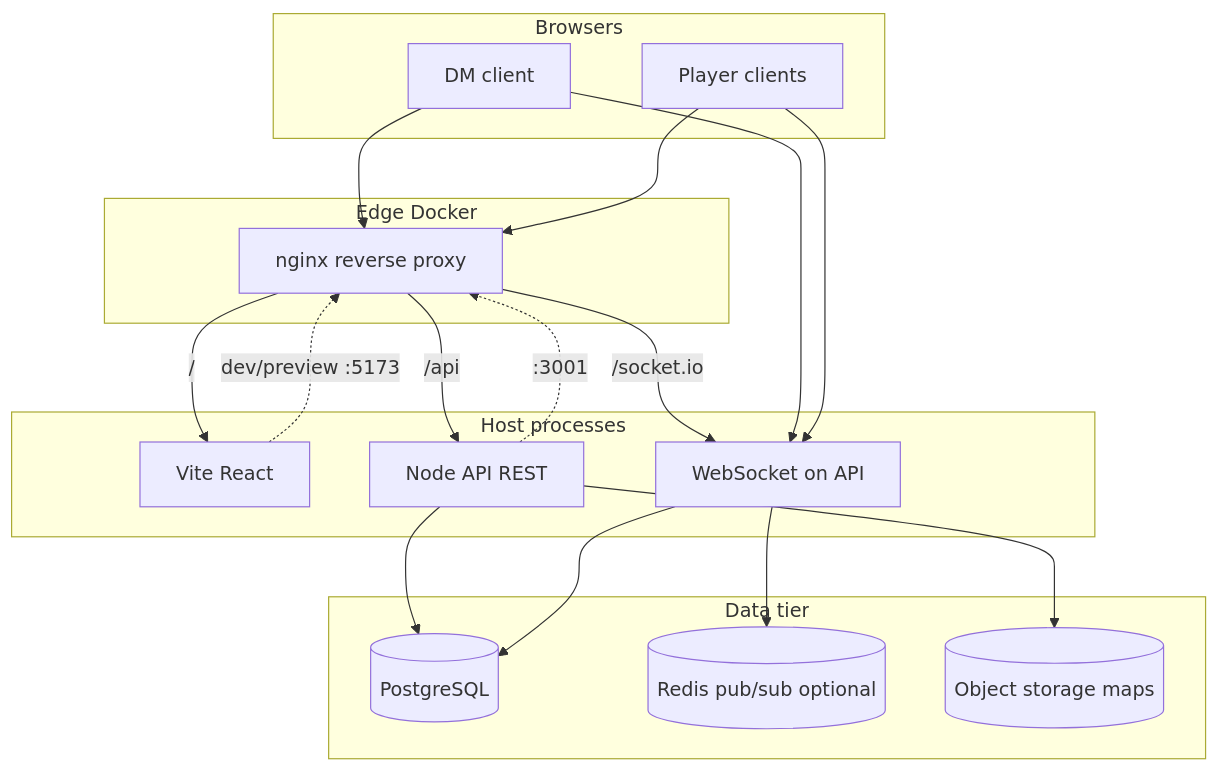
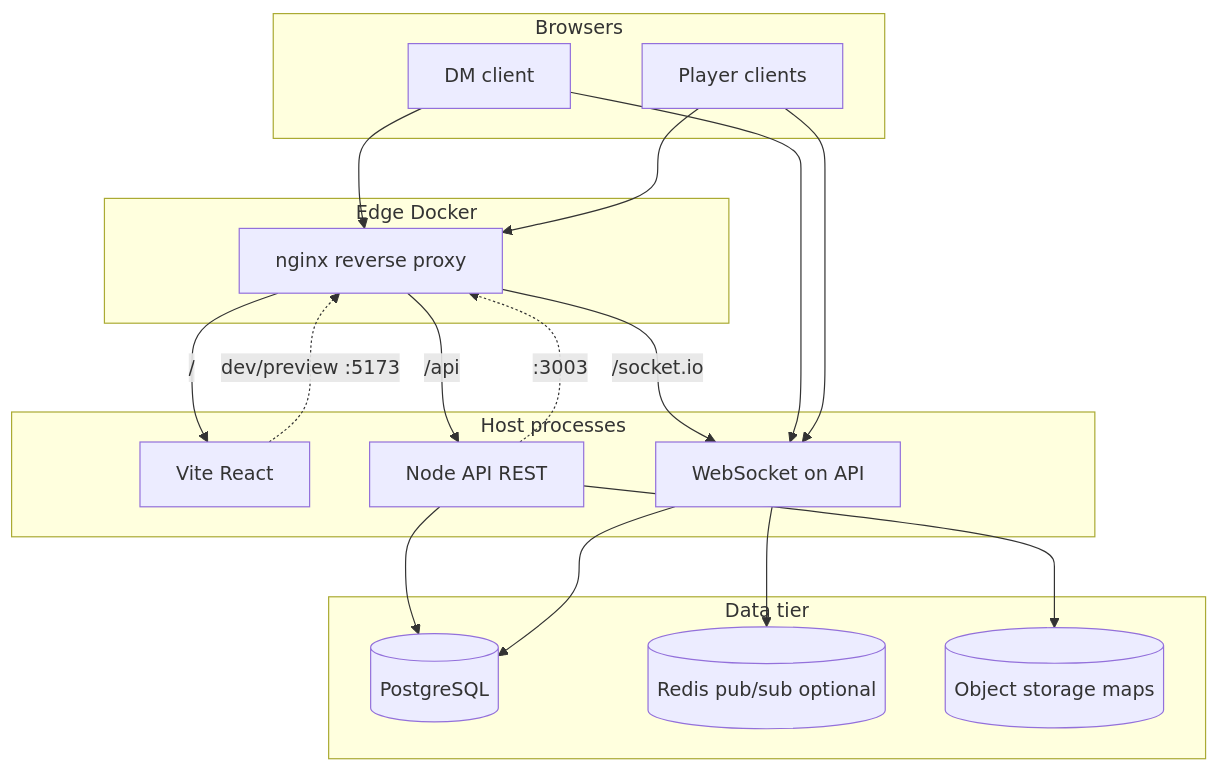
One commit to htroutmaniv/dcc-web changed the diagram in docs/ARCHITECTURE.md. Above: the diagram before and after it, drawn with Mermaid. The commit also changed other lines of this file and 40 other files, not shown here.

````diff
--- a/docs/ARCHITECTURE.md
+++ b/docs/ARCHITECTURE.md
@@ -13,37 +13,37 @@
 ```mermaid
 flowchart TB
   subgraph clients [Browsers]
     DM[DM client]
     PL[Player clients]
   end
 
   subgraph edge [Edge Docker]
     NGX[nginx reverse proxy]
   end
 
   subgraph host [Host processes]
     WEB[Vite React]
     API[Node API REST]
     WS[WebSocket on API]
   end
 
   subgraph data [Data tier]
     PG[(PostgreSQL)]
     REDIS[(Redis pub/sub optional)]
     S3[(Object storage maps)]
   end
 
   DM --> NGX
   PL --> NGX
   NGX -->|/| WEB
   NGX -->|/api| API
   NGX -->|/socket.io| WS
   WEB -.->|dev/preview :5173| NGX
-  API -.->|:3001| NGX
+  API -.->|:3003| NGX
   DM --> WS
   PL --> WS
   API --> PG
   API --> S3
   WS --> PG
   WS --> REDIS
 ```
````
